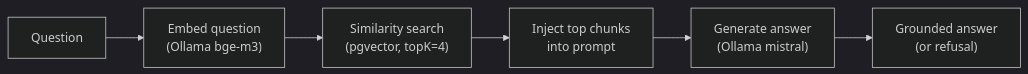
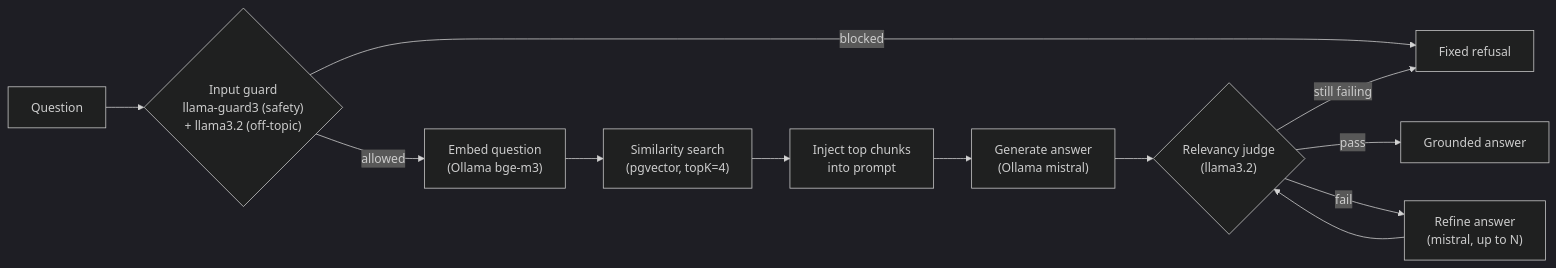
One commit to kyawswar87/ai-chatbot changed the first of 2 diagrams in README.md. Above: the diagram before and after it, drawn with Mermaid (dark theme). The commit also changed other lines of this file, not shown here.

````diff
--- a/README.md
+++ b/README.md
@@ -30,8 +32,14 @@
 ```mermaid
 flowchart LR
-    Q["Question"] --> EMBED["Embed question<br/>(Ollama bge-m3)"]
+    Q["Question"] --> GUARD{"Input guard<br/>llama-guard3 (safety)<br/>+ llama3.2 (off-topic)"}
+    GUARD -->|blocked| REFUSE["Fixed refusal"]
+    GUARD -->|allowed| EMBED["Embed question<br/>(Ollama bge-m3)"]
     EMBED --> SEARCH["Similarity search<br/>(pgvector, topK=4)"]
     SEARCH --> CTX["Inject top chunks<br/>into prompt"]
     CTX --> GEN["Generate answer<br/>(Ollama mistral)"]
-    GEN --> ANS["Grounded answer<br/>(or refusal)"]
+    GEN --> JUDGE{"Relevancy judge<br/>(llama3.2)"}
+    JUDGE -->|pass| ANS["Grounded answer"]
+    JUDGE -->|fail| REFINE["Refine answer<br/>(mistral, up to N)"]
+    REFINE --> JUDGE
+    JUDGE -->|still failing| REFUSE
 ```
````
